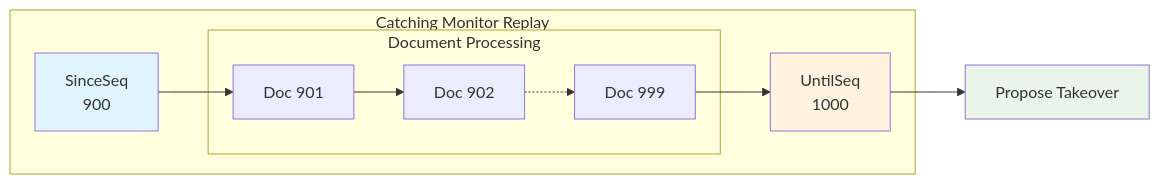
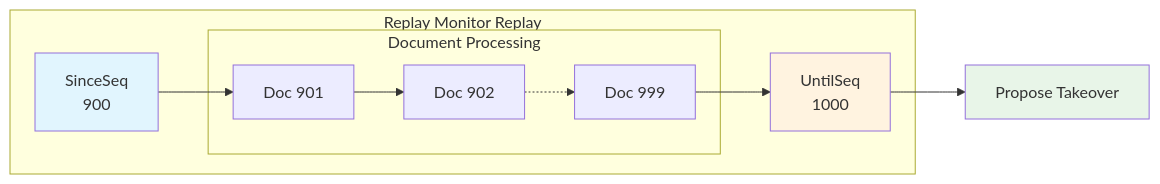
One commit to onedata/op-worker changed the third of 8 diagrams in doc/design/files_monitoring/reconnection.md. Above: the diagram before and after it, drawn with Mermaid. The commit also changed other lines of this file and 12 other files, not shown here.

Commit message:
VFS-12887 Rename catching monitor to replay monitor

````diff
--- a/doc/design/files_monitoring/reconnection.md
+++ b/doc/design/files_monitoring/reconnection.md
@@ -189,25 +189,25 @@
 ```mermaid
 graph LR
-    subgraph "Catching Monitor Replay"
+    subgraph "Replay Monitor Replay"
         Start[SinceSeq<br/>900]
         
         subgraph "Document Processing"
             D901[Doc 901]
             D902[Doc 902]
             D999[Doc 999]
         end
         
         End[UntilSeq<br/>1000]
         
         Start --> D901
         D901 --> D902
         D902 -.-> D999
         D999 --> End
     end
     
     End --> Takeover[Propose Takeover]
     
     style Start fill:#e1f5fe
     style End fill:#fff3e0
     style Takeover fill:#e8f5e8
 ```
````
